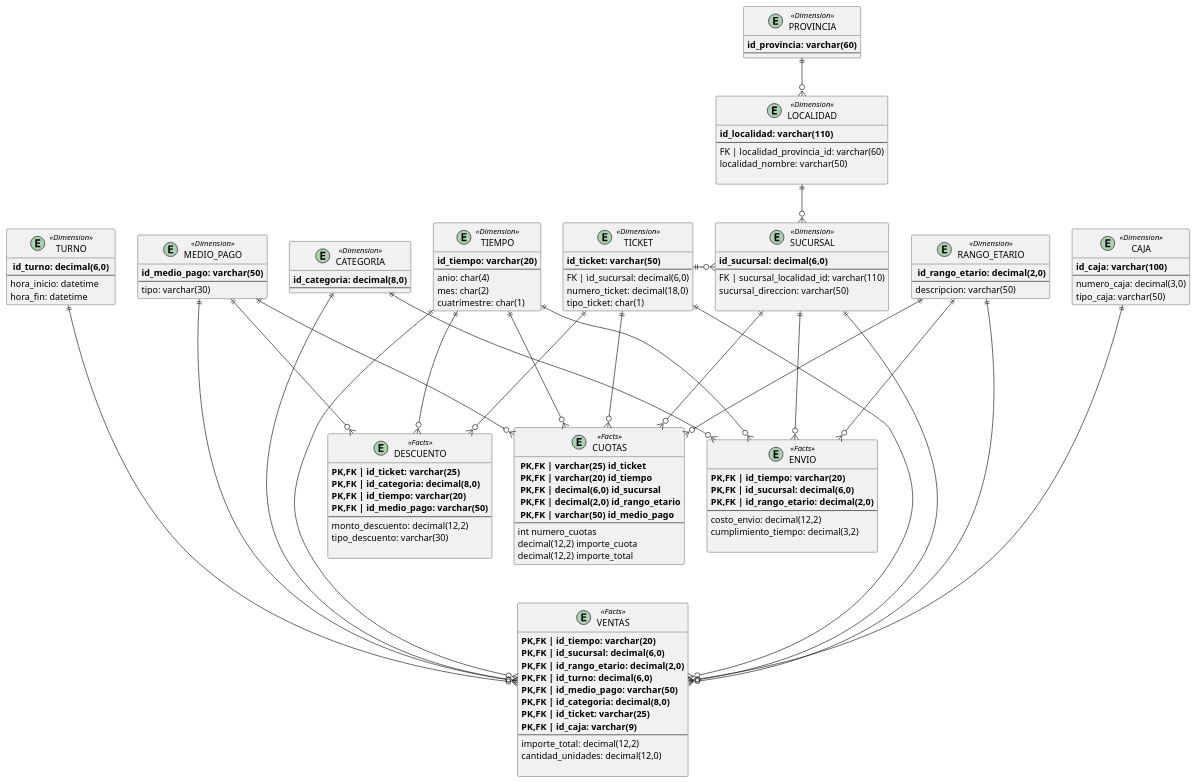
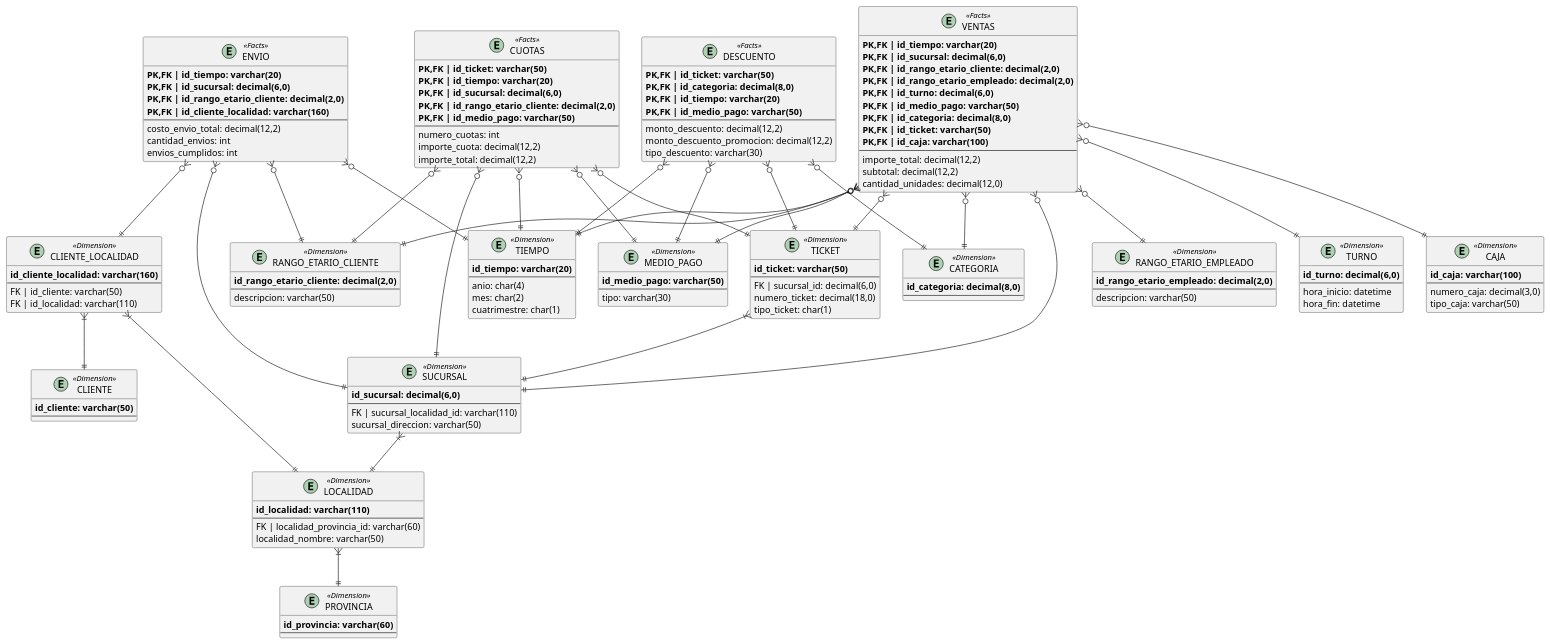
The diagram in DERBI en java/src/DERBI.puml (NicolasPin/GDD), drawn with PlantUML before and after one commit. The commit also changed 2 other files, not shown here.

```diff
--- a/DERBI en java/src/DERBI.puml
+++ b/DERBI en java/src/DERBI.puml
@@ -1,135 +1,169 @@
 @startuml
-entity TIEMPO <<Dimension>>{
-        **id_tiempo: varchar(20)**
-        --
-        anio: char(4)
-        mes: char(2)
-        cuatrimestre: char(1)
-    }
-entity PROVINCIA <<Dimension>>{
-        **id_provincia: varchar(60)**
-        --
-    }
-entity LOCALIDAD <<Dimension>>{
-        **id_localidad: varchar(110) **
-        --
-        FK | localidad_provincia_id: varchar(60)
-        localidad_nombre: varchar(50)
 
-    }
-entity SUCURSAL <<Dimension>>{
-        **id_sucursal: decimal(6,0)**
-        --
-        FK | sucursal_localidad_id: varchar(110)
-        sucursal_direccion: varchar(50)
+entity TIEMPO <<Dimension>> {
+    **id_tiempo: varchar(20)**
+    --
+    anio: char(4)
+    mes: char(2)
+    cuatrimestre: char(1)
+}
 
-    }
-entity RANGO_ETARIO <<Dimension>>{
-        ** id_rango_etario: decimal(2,0)**
-        --
-        descripcion: varchar(50)
-    }
-entity TURNO <<Dimension>>{
-        ** id_turno: decimal(6,0) **
-        --
-        hora_inicio: datetime
-        hora_fin: datetime
-    }
+entity PROVINCIA <<Dimension>> {
+    **id_provincia: varchar(60)**
+    --
+}
+
+entity LOCALIDAD <<Dimension>> {
+    **id_localidad: varchar(110)**
+    --
+    FK | localidad_provincia_id: varchar(60)
+    localidad_nombre: varchar(50)
+}
+
+entity CLIENTE <<Dimension>> {
+    **id_cliente: varchar(50)**
+    --
+}
+
+entity CLIENTE_LOCALIDAD <<Dimension>> {
+    **id_cliente_localidad: varchar(160)**
+    --
+    FK | id_cliente: varchar(50)
+    FK | id_localidad: varchar(110)
+}
+
+entity SUCURSAL <<Dimension>> {
+    **id_sucursal: decimal(6,0)**
+    --
+    FK | sucursal_localidad_id: varchar(110)
+    sucursal_direccion: varchar(50)
+}
+
+entity RANGO_ETARIO_CLIENTE <<Dimension>> {
+    **id_rango_etario_cliente: decimal(2,0)**
+    --
+    descripcion: varchar(50)
+}
+
+entity RANGO_ETARIO_EMPLEADO <<Dimension>> {
+    **id_rango_etario_empleado: decimal(2,0)**
+    --
+    descripcion: varchar(50)
+}
+
+entity TURNO <<Dimension>> {
+    **id_turno: decimal(6,0)**
+    --
+    hora_inicio: datetime
+    hora_fin: datetime
+}
+
 entity MEDIO_PAGO <<Dimension>> {
-        **id_medio_pago: varchar(50)**
-        --
-        tipo: varchar(30)
-    }
+    **id_medio_pago: varchar(50)**
+    --
+    tipo: varchar(30)
+}
 
 entity CATEGORIA <<Dimension>> {
-        **id_categoria: decimal(8,0)**
-        --
-    }
+    **id_categoria: decimal(8,0)**
+    --
+}
 
 entity TICKET <<Dimension>> {
-        **id_ticket: varchar(50)**
-        --
-        FK | id_sucursal: decimal(6,0)
-        numero_ticket: decimal(18,0)
-        tipo_ticket: char(1)
-    }
+    **id_ticket: varchar(50)**
+    --
+    FK | sucursal_id: decimal(6,0)
+    numero_ticket: decimal(18,0)
+    tipo_ticket: char(1)
+}
+
 entity CAJA <<Dimension>> {
-        **id_caja: varchar(100)**
-        --
-        numero_caja: decimal(3,0)
-        tipo_caja: varchar(50)
+    **id_caja: varchar(100)**
+    --
+    numero_caja: decimal(3,0)
+    tipo_caja: varchar(50)
 }
-entity VENTAS <<Facts>>{
-        **PK,FK | id_tiempo: varchar(20)**
-        **PK,FK | id_sucursal: decimal(6,0)**
-        **PK,FK | id_rango_etario: decimal(2,0)**
-        **PK,FK | id_turno: decimal(6,0)**
-        **PK,FK | id_medio_pago: varchar(50)**
-        **PK,FK | id_categoria: decimal(8,0)**
-        **PK,FK | id_ticket: varchar(25)**
-        **PK,FK | id_caja: varchar(9)**
-        --
-        importe_total: decimal(12,2)
-        cantidad_unidades: decimal(12,0)
 
-    }
-entity DESCUENTO <<Facts>>{
-        **PK,FK | id_ticket: varchar(25)**
-        **PK,FK | id_categoria: decimal(8,0)**
-        **PK,FK | id_tiempo: varchar(20)**
-        **PK,FK | id_medio_pago: varchar(50)**
-        --
-        monto_descuento: decimal(12,2)
-        tipo_descuento: varchar(30)
+entity VENTAS <<Facts>> {
+    **PK,FK | id_tiempo: varchar(20)**
+    **PK,FK | id_sucursal: decimal(6,0)**
+    **PK,FK | id_rango_etario_cliente: decimal(2,0)**
+    **PK,FK | id_rango_etario_empleado: decimal(2,0)**
+    **PK,FK | id_turno: decimal(6,0)**
+    **PK,FK | id_medio_pago: varchar(50)**
+    **PK,FK | id_categoria: decimal(8,0)**
+    **PK,FK | id_ticket: varchar(50)**
+    **PK,FK | id_caja: varchar(100)**
+    --
+    importe_total: decimal(12,2)
+    subtotal: decimal(12,2)
+    cantidad_unidades: decimal(12,0)
+}
 
-    }
-entity ENVIO <<Facts>>{
-        **PK,FK | id_tiempo: varchar(20)**
-        **PK,FK | id_sucursal: decimal(6,0)**
-        **PK,FK | id_rango_etario: decimal(2,0)**
-        --
-        costo_envio: decimal(12,2)
-        cumplimiento_tiempo: decimal(3,2)
+entity DESCUENTO <<Facts>> {
+    **PK,FK | id_ticket: varchar(50)**
+    **PK,FK | id_categoria: decimal(8,0)**
+    **PK,FK | id_tiempo: varchar(20)**
+    **PK,FK | id_medio_pago: varchar(50)**
+    --
+    monto_descuento: decimal(12,2)
+    monto_descuento_promocion: decimal(12,2)
+    tipo_descuento: varchar(30)
+}
 
-    }
-entity CUOTAS <<Facts>>{
-        ** PK,FK | varchar(25) id_ticket**
-        ** PK,FK | varchar(20) id_tiempo**
-        ** PK,FK | decimal(6,0) id_sucursal**
-        ** PK,FK | decimal(2,0) id_rango_etario**
-        ** PK,FK | varchar(50) id_medio_pago **
-        --
-        int numero_cuotas
-        decimal(12,2) importe_cuota
-        decimal(12,2) importe_total
-    }
+entity ENVIO <<Facts>> {
+    **PK,FK | id_tiempo: varchar(20)**
+    **PK,FK | id_sucursal: decimal(6,0)**
+    **PK,FK | id_rango_etario_cliente: decimal(2,0)**
+    **PK,FK | id_cliente_localidad: varchar(160)**
+    --
+    costo_envio_total: decimal(12,2)
+    cantidad_envios: int
+    envios_cumplidos: int
+}
 
-TICKET ||-o{ SUCURSAL
-RANGO_ETARIO ||----o{ VENTAS
-TIEMPO ||-----o{ VENTAS
-SUCURSAL ||-----o{ VENTAS
-TURNO ||-----o{ VENTAS
-MEDIO_PAGO ||-----o{ VENTAS
-CATEGORIA ||-----o{ VENTAS
-TICKET ||----o{ VENTAS
-CAJA ||-----o{ VENTAS
+entity CUOTAS <<Facts>> {
+    **PK,FK | id_ticket: varchar(50)**
+    **PK,FK | id_tiempo: varchar(20)**
+    **PK,FK | id_sucursal: decimal(6,0)**
+    **PK,FK | id_rango_etario_cliente: decimal(2,0)**
+    **PK,FK | id_medio_pago: varchar(50)**
+    --
+    numero_cuotas: int
+    importe_cuota: decimal(12,2)
+    importe_total: decimal(12,2)
+}
 
-CATEGORIA ||---o{ ENVIO
-TIEMPO ||----o{ ENVIO
-SUCURSAL ||---o{ ENVIO
-RANGO_ETARIO ||----o{ ENVIO
+LOCALIDAD }|--|| PROVINCIA
+CLIENTE_LOCALIDAD }|--|| CLIENTE
+CLIENTE_LOCALIDAD }|--|| LOCALIDAD
+SUCURSAL }|--|| LOCALIDAD
+TICKET }|--|| SUCURSAL
 
-PROVINCIA ||--o{ LOCALIDAD
-LOCALIDAD ||--o{ SUCURSAL
+VENTAS }o--|| TIEMPO
+VENTAS }o--|| SUCURSAL
+VENTAS }o--|| RANGO_ETARIO_CLIENTE
+VENTAS }o--|| RANGO_ETARIO_EMPLEADO
+VENTAS }o--|| TURNO
+VENTAS }o--|| MEDIO_PAGO
+VENTAS }o--|| CATEGORIA
+VENTAS }o--|| TICKET
+VENTAS }o--|| CAJA
 
-TIEMPO ||----o{ DESCUENTO
-TICKET ||----o{ DESCUENTO
-MEDIO_PAGO ||----o{ DESCUENTO
+DESCUENTO }o--|| TICKET
+DESCUENTO }o--|| CATEGORIA
+DESCUENTO }o--|| TIEMPO
+DESCUENTO }o--|| MEDIO_PAGO
 
-TICKET ||----o{ CUOTAS
-TIEMPO ||----o{ CUOTAS
-SUCURSAL ||----o{ CUOTAS
-RANGO_ETARIO ||----o{ CUOTAS
-MEDIO_PAGO||----o{ CUOTAS
+ENVIO }o--|| TIEMPO
+ENVIO }o--|| SUCURSAL
+ENVIO }o--|| RANGO_ETARIO_CLIENTE
+ENVIO }o--|| CLIENTE_LOCALIDAD
+
+CUOTAS }o--|| TICKET
+CUOTAS }o--|| TIEMPO
+CUOTAS }o--|| SUCURSAL
+CUOTAS }o--|| RANGO_ETARIO_CLIENTE
+CUOTAS }o--|| MEDIO_PAGO
 
 @enduml
```
